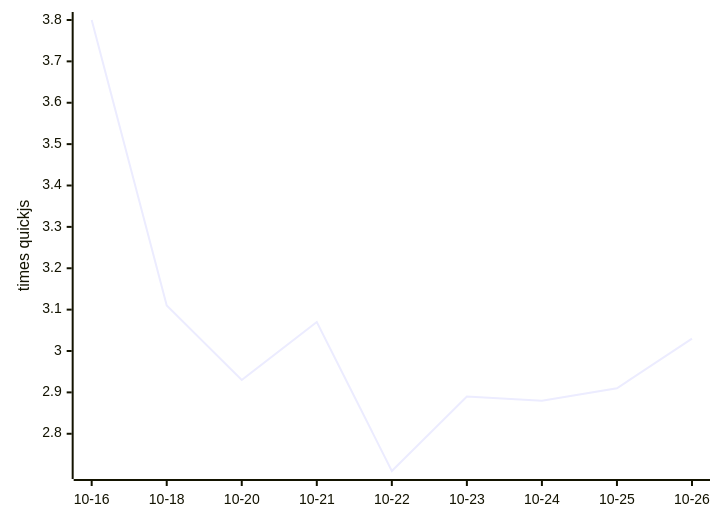
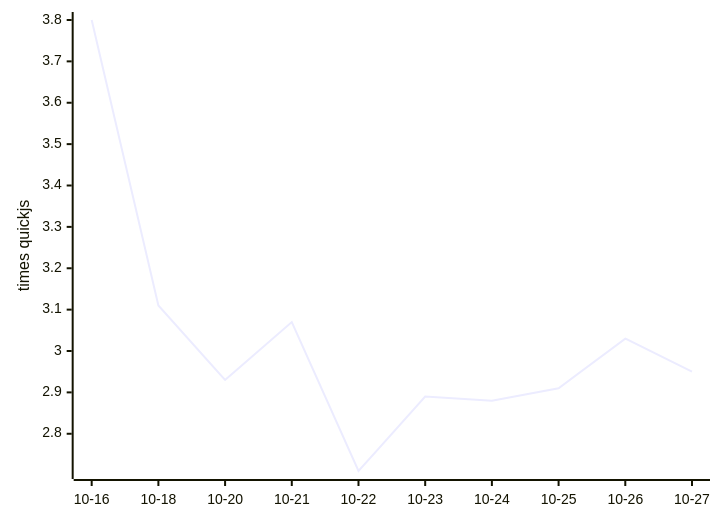
Before and after one commit to mozzius/kahvi: the diagram in README.md, drawn with Mermaid. The commit also changed other lines of this file and 1 other file, not shown here.

````diff
--- a/README.md
+++ b/README.md
@@ -9,6 +9,6 @@
 ```mermaid
 xychart-beta
-  x-axis ["10-16", "10-18", "10-20", "10-21", "10-22", "10-23", "10-24", "10-25", "10-26"]
+  x-axis ["10-16", "10-18", "10-20", "10-21", "10-22", "10-23", "10-24", "10-25", "10-26", "10-27"]
   y-axis "times quickjs"
-  line [3.80, 3.11, 2.93, 3.07, 2.71, 2.89, 2.88, 2.91, 3.03]
+  line [3.80, 3.11, 2.93, 3.07, 2.71, 2.89, 2.88, 2.91, 3.03, 2.95]
 ```
````
